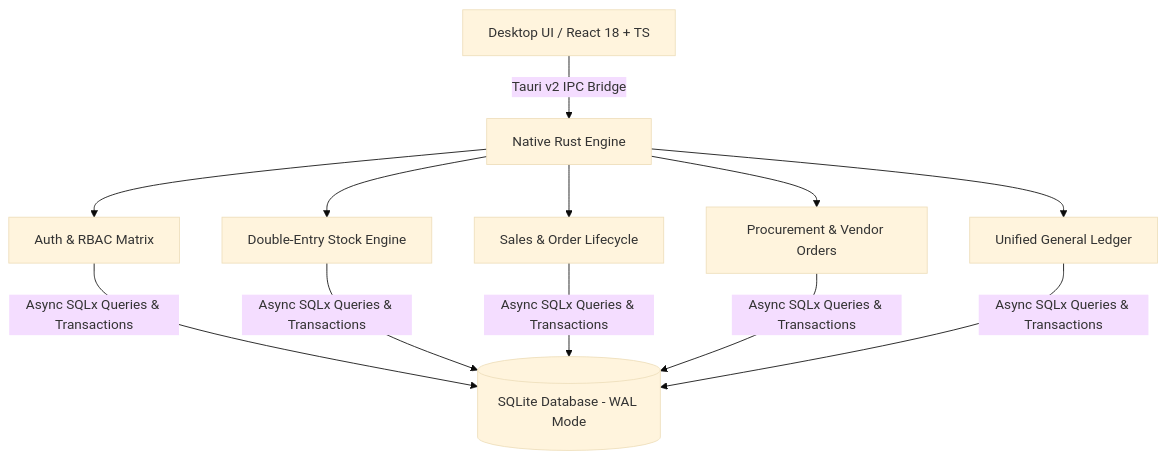
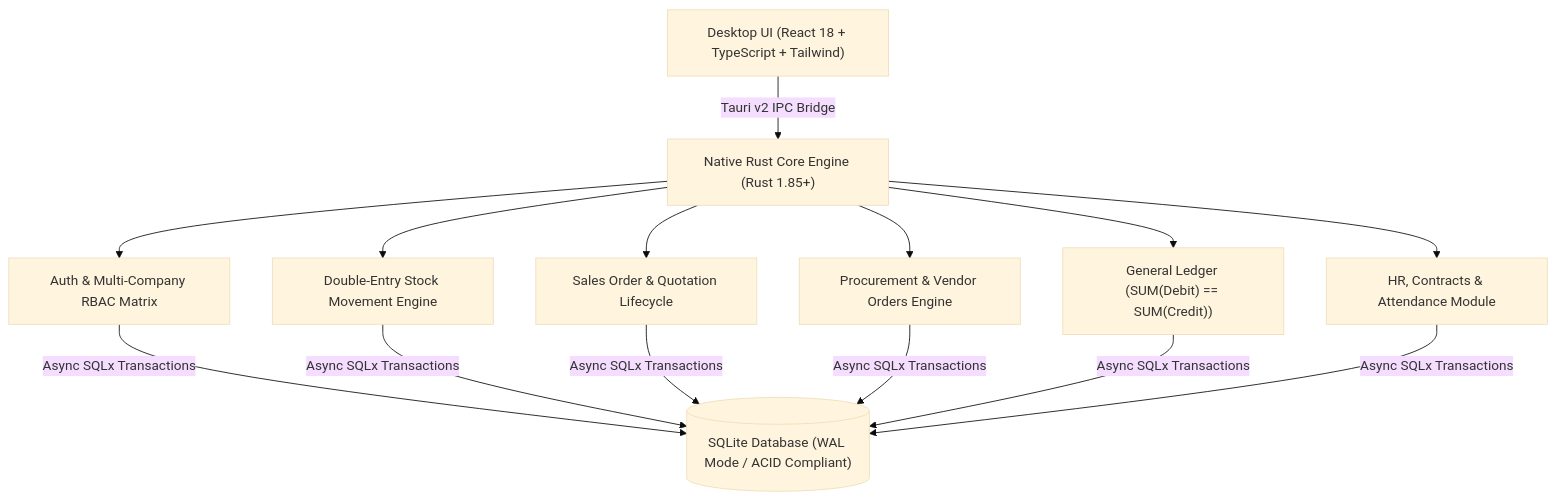
Before and after one commit to Omar-b381/MIZAN-ERP: the first of 7 diagrams in README.md, drawn with Mermaid (base theme). The commit also changed other lines of this file, not shown here.

Commit message:
docs(readme): add detailed Mermaid workflow graphs for all business cycles (O2C, P2P, Double-Entry Stock, General Ledger, HR)

````diff
--- a/README.md
+++ b/README.md
@@ -61,10 +58,11 @@
 ```mermaid
 graph TD
-    A[Desktop UI / React 18 + TS] -->|Tauri v2 IPC Bridge| B[Native Rust Engine]
-    B --> C[Auth & RBAC Matrix]
-    B --> D[Double-Entry Stock Engine]
-    B --> E[Sales & Order Lifecycle]
-    B --> F[Procurement & Vendor Orders]
-    B --> G[Unified General Ledger]
-    C & D & E & F & G -->|Async SQLx Queries & Transactions| H[(SQLite Database - WAL Mode)]
+    UI["Desktop UI (React 18 + TypeScript + Tailwind)"] -->|Tauri v2 IPC Bridge| Engine["Native Rust Core Engine (Rust 1.85+)"]
+    Engine --> Auth["Auth & Multi-Company RBAC Matrix"]
+    Engine --> Stock["Double-Entry Stock Movement Engine"]
+    Engine --> Sales["Sales Order & Quotation Lifecycle"]
+    Engine --> Purchases["Procurement & Vendor Orders Engine"]
+    Engine --> GL["General Ledger (SUM(Debit) == SUM(Credit))"]
+    Engine --> HR["HR, Contracts & Attendance Module"]
+    Auth & Stock & Sales & Purchases & GL & HR -->|Async SQLx Transactions| DB[("SQLite Database (WAL Mode / ACID Compliant)")]
 ```
````
